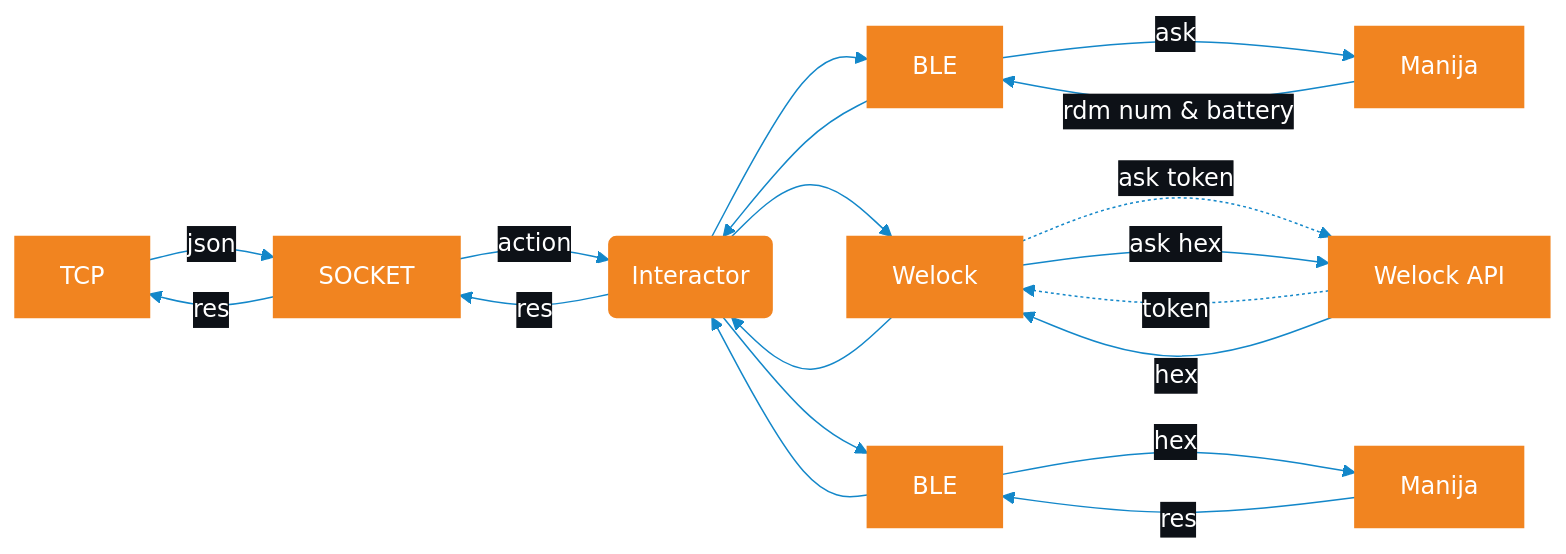
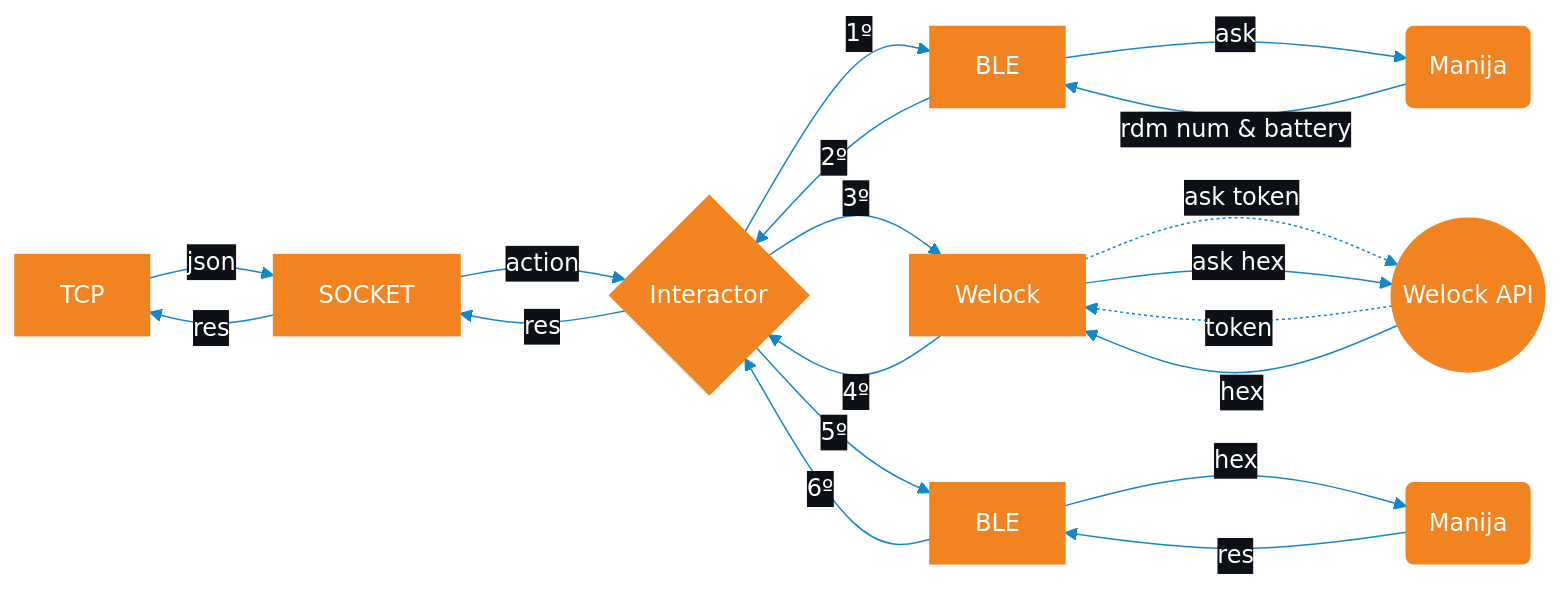
One commit to ATICMCH/BleKotlin changed the diagram in README.md. Above: the diagram before and after it, drawn with Mermaid.

````diff
--- a/README.md
+++ b/README.md
@@ -107,44 +107,44 @@
 ```mermaid
 
 %%{
   init: {
     "theme": "base",
     "themeVariables": {
       "primaryColor": "#f18420",
       "primaryTextColor": "#fff",
       "primaryBorderColor": "#f18420",
       "lineColor": "#1387c9",
       "secondaryColor": "#0d1117"
     }
 }
 }%%
 
 graph LR
 TCP -->|json| A
-A[SOCKET] -->|action|B(Interactor)
+A[SOCKET] -->|action|B{Interactor}
 
-B -->BLE[BLE]
-BLE--> B
+B -->|1º|BLE[BLE]
+BLE--> |2º|B
 
-B -->E[Welock]
-E-->B
+B -->|3º|E[Welock]
+E-->|4º|B
 
-B -->F[BLE]
-F -->B
+B -->|5º|F[BLE]
+F -->|6º|B
 
-BLE --> |ask| MANIJA[Manija]
+BLE --> |ask| MANIJA(Manija)
 MANIJA -->|rdm num & battery| BLE
 
 
-H -.->|token| E
-E -.->|ask token| H[Welock API]
+H((Welock API)) -.->|token| E
+E -.->|ask token| H
 
-E --> |ask hex|H[Welock API]
+E --> |ask hex|H
 H -->|hex| E
 
-F --> |hex| I[Manija]
+F --> |hex| I(Manija)
 I --> |res|F
 
 B -->|res|A
-A -->|res| TCP
+A --> |res|TCP
 ```
````
